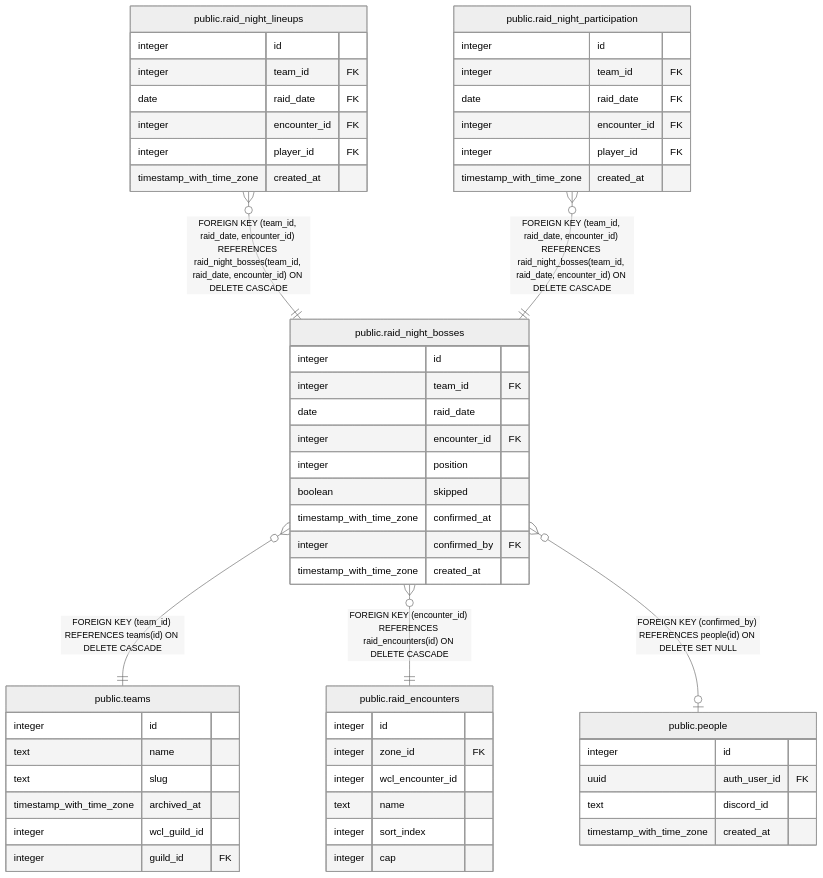
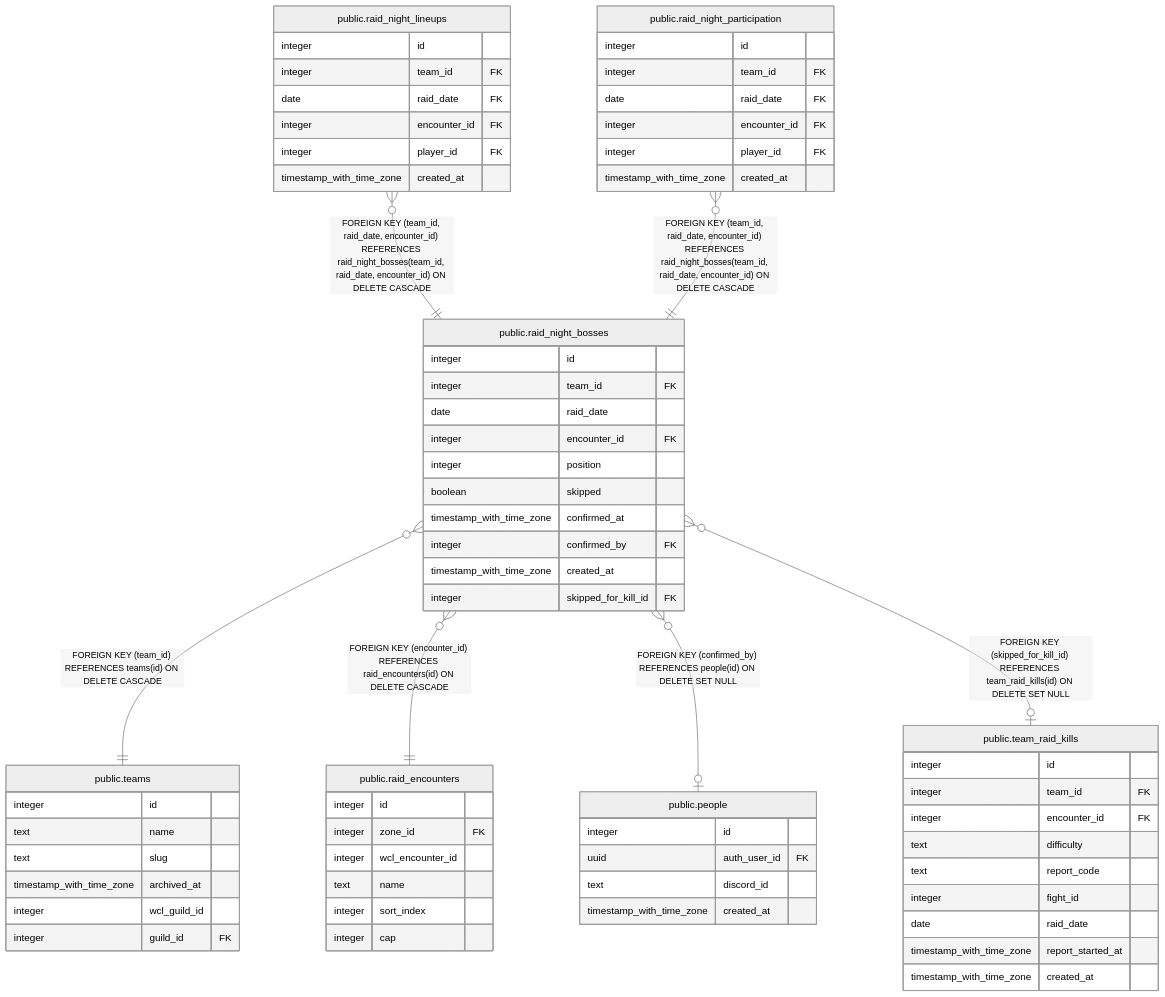
The diagram in dbdoc/public.raid_night_bosses.md (katogaming88/WGA-Raid-Hub), drawn with Mermaid (neutral theme) before and after one commit. The commit also changed other lines of this file and 34 other files, not shown here.

````diff
--- a/dbdoc/public.raid_night_bosses.md
+++ b/dbdoc/public.raid_night_bosses.md
@@ -42,59 +46,72 @@
 ```mermaid
 erDiagram
 
 "public.raid_night_bosses" }o--|| "public.teams" : "FOREIGN KEY (team_id) REFERENCES teams(id) ON DELETE CASCADE"
 "public.raid_night_lineups" }o--|| "public.raid_night_bosses" : "FOREIGN KEY (team_id, raid_date, encounter_id) REFERENCES raid_night_bosses(team_id, raid_date, encounter_id) ON DELETE CASCADE"
 "public.raid_night_participation" }o--|| "public.raid_night_bosses" : "FOREIGN KEY (team_id, raid_date, encounter_id) REFERENCES raid_night_bosses(team_id, raid_date, encounter_id) ON DELETE CASCADE"
 "public.raid_night_bosses" }o--|| "public.raid_encounters" : "FOREIGN KEY (encounter_id) REFERENCES raid_encounters(id) ON DELETE CASCADE"
 "public.raid_night_bosses" }o--o| "public.people" : "FOREIGN KEY (confirmed_by) REFERENCES people(id) ON DELETE SET NULL"
+"public.raid_night_bosses" }o--o| "public.team_raid_kills" : "FOREIGN KEY (skipped_for_kill_id) REFERENCES team_raid_kills(id) ON DELETE SET NULL"
 
 "public.raid_night_bosses" {
   integer id
   integer team_id FK
   date raid_date
   integer encounter_id FK
   integer position
   boolean skipped
   timestamp_with_time_zone confirmed_at
   integer confirmed_by FK
   timestamp_with_time_zone created_at
+  integer skipped_for_kill_id FK
 }
 "public.teams" {
   integer id
   text name
   text slug
   timestamp_with_time_zone archived_at
   integer wcl_guild_id
   integer guild_id FK
 }
 "public.raid_night_lineups" {
   integer id
   integer team_id FK
   date raid_date FK
   integer encounter_id FK
   integer player_id FK
   timestamp_with_time_zone created_at
 }
 "public.raid_night_participation" {
   integer id
   integer team_id FK
   date raid_date FK
   integer encounter_id FK
   integer player_id FK
   timestamp_with_time_zone created_at
 }
 "public.raid_encounters" {
   integer id
   integer zone_id FK
   integer wcl_encounter_id
   text name
   integer sort_index
   integer cap
 }
 "public.people" {
   integer id
   uuid auth_user_id FK
   text discord_id
   timestamp_with_time_zone created_at
 }
+"public.team_raid_kills" {
+  integer id
+  integer team_id FK
+  integer encounter_id FK
+  text difficulty
+  text report_code
+  integer fight_id
+  date raid_date
+  timestamp_with_time_zone report_started_at
+  timestamp_with_time_zone created_at
+}
 ```
````
